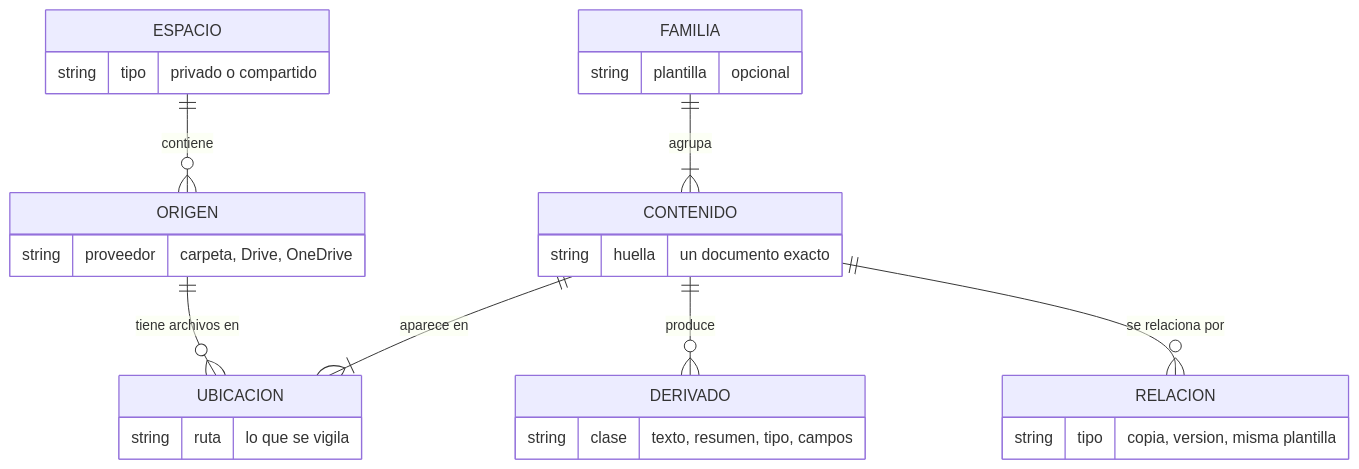
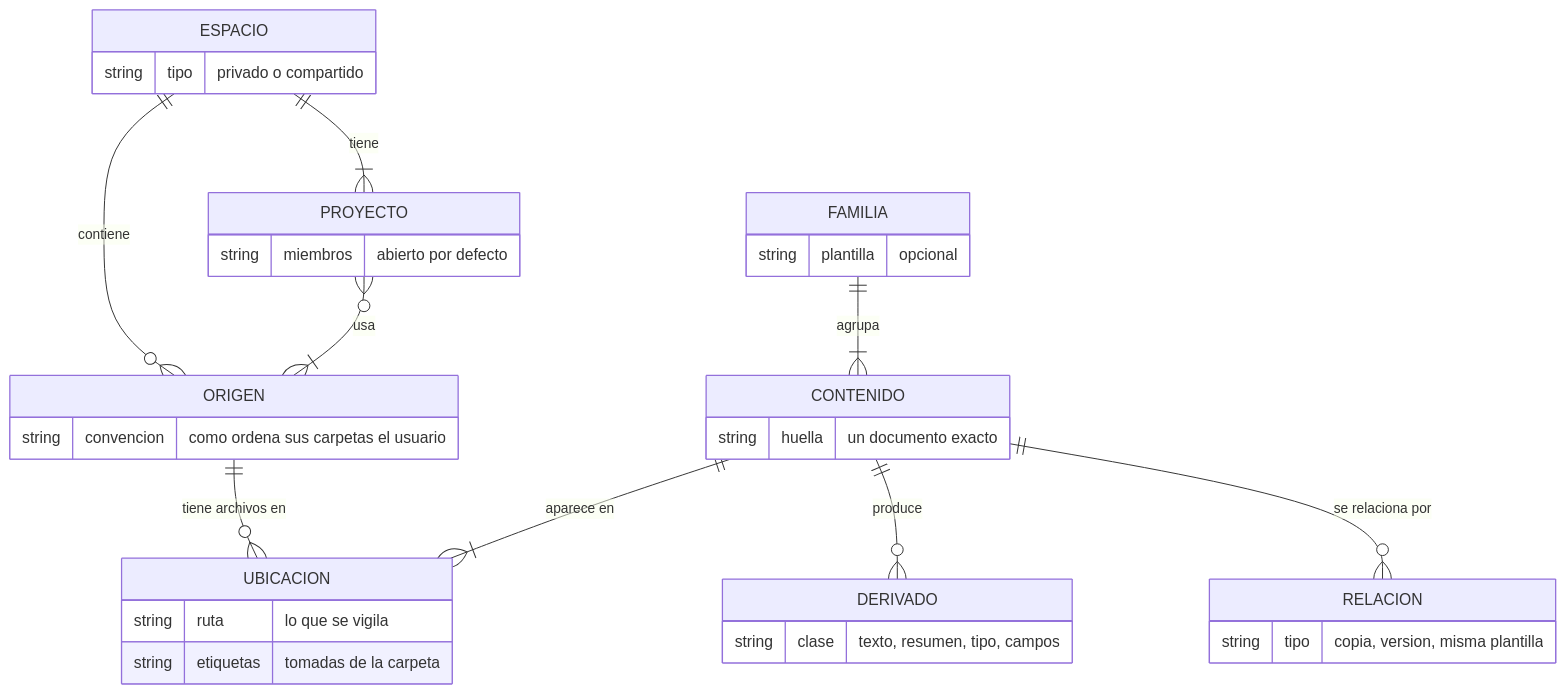
Before and after one commit to Micelya/llm_wiki: the first of 7 diagrams in docs/design/base-documental.md, drawn with Mermaid. The commit also changed other lines of this file and 2 other files, not shown here.

````diff
--- a/docs/design/base-documental.md
+++ b/docs/design/base-documental.md
@@ -26,17 +29,23 @@
 ```mermaid
 erDiagram
     ESPACIO ||--o{ ORIGEN : contiene
     ORIGEN ||--o{ UBICACION : "tiene archivos en"
     CONTENIDO ||--|{ UBICACION : "aparece en"
     CONTENIDO ||--o{ DERIVADO : produce
     FAMILIA ||--|{ CONTENIDO : agrupa
     CONTENIDO ||--o{ RELACION : "se relaciona por"
+    ESPACIO ||--|{ PROYECTO : tiene
+    PROYECTO }o--|{ ORIGEN : usa
 
     ESPACIO { string tipo "privado o compartido" }
-    ORIGEN { string proveedor "carpeta, Drive, OneDrive" }
-    UBICACION { string ruta "lo que se vigila" }
+    ORIGEN { string convencion "como ordena sus carpetas el usuario" }
+    UBICACION {
+        string ruta "lo que se vigila"
+        string etiquetas "tomadas de la carpeta"
+    }
     CONTENIDO { string huella "un documento exacto" }
     DERIVADO { string clase "texto, resumen, tipo, campos" }
     FAMILIA { string plantilla "opcional" }
     RELACION { string tipo "copia, version, misma plantilla" }
+    PROYECTO { string miembros "abierto por defecto" }
 ```
````
